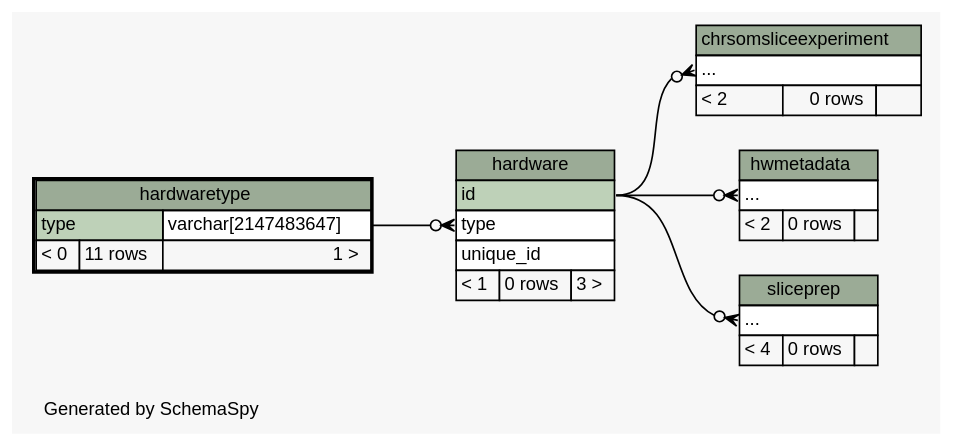
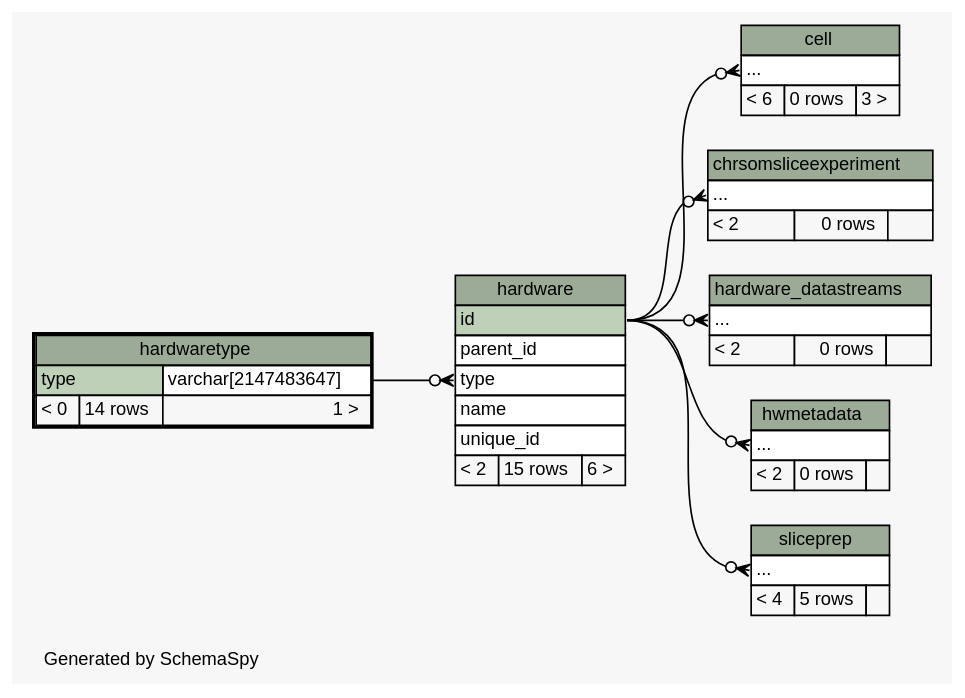
One commit to tgbugs/mlab changed the diagram in database/ss/diagrams/hardwaretype.2degrees.dot. Above: the diagram before and after it, drawn with Graphviz. The commit also changed 204 other files, not shown here.

Commit message:
got the hardware working as a tree, removed explicit amp and headstage classes, updated schemaspy

```diff
--- a/database/ss/diagrams/hardwaretype.2degrees.dot
+++ b/database/ss/diagrams/hardwaretype.2degrees.dot
@@ -1,78 +1,102 @@
 // dot 2.32.0 on Windows 7 6.1
 // SchemaSpy rev 590
 digraph "twoDegreesRelationshipsDiagram" {
   graph [
     rankdir="RL"
     bgcolor="#f7f7f7"
     label="\nGenerated by SchemaSpy"
     labeljust="l"
     nodesep="0.18"
     ranksep="0.46"
     fontname="Helvetica"
     fontsize="11"
   ];
   node [
     fontname="Helvetica"
     fontsize="11"
     shape="plaintext"
   ];
   edge [
     arrowsize="0.8"
   ];
+  "cell":"elipses":w -> "hardware":"id":e [arrowhead=none dir=back arrowtail=crowodot];
   "chrsomsliceexperiment":"elipses":w -> "hardware":"id":e [arrowhead=none dir=back arrowtail=crowodot];
   "hardware":"type":w -> "hardwaretype":"type.type":e [arrowhead=none dir=back arrowtail=crowodot];
+  "hardware_datastreams":"elipses":w -> "hardware":"id":e [arrowhead=none dir=back arrowtail=crowodot];
   "hwmetadata":"elipses":w -> "hardware":"id":e [arrowhead=none dir=back arrowtail=crowodot];
   "sliceprep":"elipses":w -> "hardware":"id":e [arrowhead=none dir=back arrowtail=crowodot];
+  "cell" [
+    label=<
+    <TABLE BORDER="0" CELLBORDER="1" CELLSPACING="0" BGCOLOR="#ffffff">
+      <TR><TD COLSPAN="3" BGCOLOR="#9bab96" ALIGN="CENTER">cell</TD></TR>
+      <TR><TD PORT="elipses" COLSPAN="3" ALIGN="LEFT">...</TD></TR>
+      <TR><TD ALIGN="LEFT" BGCOLOR="#f7f7f7">&lt; 6</TD><TD ALIGN="RIGHT" BGCOLOR="#f7f7f7">0 rows</TD><TD ALIGN="RIGHT" BGCOLOR="#f7f7f7">3 &gt;</TD></TR>
+    </TABLE>>
+    URL="cell.html"
+    tooltip="cell"
+  ];
   "chrsomsliceexperiment" [
     label=<
     <TABLE BORDER="0" CELLBORDER="1" CELLSPACING="0" BGCOLOR="#ffffff">
       <TR><TD COLSPAN="3" BGCOLOR="#9bab96" ALIGN="CENTER">chrsomsliceexperiment</TD></TR>
       <TR><TD PORT="elipses" COLSPAN="3" ALIGN="LEFT">...</TD></TR>
       <TR><TD ALIGN="LEFT" BGCOLOR="#f7f7f7">&lt; 2</TD><TD ALIGN="RIGHT" BGCOLOR="#f7f7f7">0 rows</TD><TD ALIGN="RIGHT" BGCOLOR="#f7f7f7">  </TD></TR>
     </TABLE>>
     URL="chrsomsliceexperiment.html"
     tooltip="chrsomsliceexperiment"
   ];
   "hardware" [
     label=<
     <TABLE BORDER="0" CELLBORDER="1" CELLSPACING="0" BGCOLOR="#ffffff">
       <TR><TD COLSPAN="3" BGCOLOR="#9bab96" ALIGN="CENTER">hardware</TD></TR>
       <TR><TD PORT="id" COLSPAN="3" BGCOLOR="#bed1b8" ALIGN="LEFT">id</TD></TR>
+      <TR><TD PORT="parent_id" COLSPAN="3" ALIGN="LEFT">parent_id</TD></TR>
       <TR><TD PORT="type" COLSPAN="3" ALIGN="LEFT">type</TD></TR>
+      <TR><TD PORT="name" COLSPAN="3" ALIGN="LEFT">name</TD></TR>
       <TR><TD PORT="unique_id" COLSPAN="3" ALIGN="LEFT">unique_id</TD></TR>
-      <TR><TD ALIGN="LEFT" BGCOLOR="#f7f7f7">&lt; 1</TD><TD ALIGN="RIGHT" BGCOLOR="#f7f7f7">0 rows</TD><TD ALIGN="RIGHT" BGCOLOR="#f7f7f7">3 &gt;</TD></TR>
+      <TR><TD ALIGN="LEFT" BGCOLOR="#f7f7f7">&lt; 2</TD><TD ALIGN="RIGHT" BGCOLOR="#f7f7f7">15 rows</TD><TD ALIGN="RIGHT" BGCOLOR="#f7f7f7">6 &gt;</TD></TR>
     </TABLE>>
     URL="hardware.html"
     tooltip="hardware"
+  ];
+  "hardware_datastreams" [
+    label=<
+    <TABLE BORDER="0" CELLBORDER="1" CELLSPACING="0" BGCOLOR="#ffffff">
+      <TR><TD COLSPAN="3" BGCOLOR="#9bab96" ALIGN="CENTER">hardware_datastreams</TD></TR>
+      <TR><TD PORT="elipses" COLSPAN="3" ALIGN="LEFT">...</TD></TR>
+      <TR><TD ALIGN="LEFT" BGCOLOR="#f7f7f7">&lt; 2</TD><TD ALIGN="RIGHT" BGCOLOR="#f7f7f7">0 rows</TD><TD ALIGN="RIGHT" BGCOLOR="#f7f7f7">  </TD></TR>
+    </TABLE>>
+    URL="hardware_datastreams.html"
+    tooltip="hardware_datastreams"
   ];
   "hardwaretype" [
     label=<
     <TABLE BORDER="2" CELLBORDER="1" CELLSPACING="0" BGCOLOR="#ffffff">
       <TR><TD COLSPAN="3" BGCOLOR="#9bab96" ALIGN="CENTER">hardwaretype</TD></TR>
       <TR><TD PORT="type" COLSPAN="2" BGCOLOR="#bed1b8" ALIGN="LEFT">type</TD><TD PORT="type.type" ALIGN="LEFT">varchar[2147483647]</TD></TR>
-      <TR><TD ALIGN="LEFT" BGCOLOR="#f7f7f7">&lt; 0</TD><TD ALIGN="RIGHT" BGCOLOR="#f7f7f7">11 rows</TD><TD ALIGN="RIGHT" BGCOLOR="#f7f7f7">1 &gt;</TD></TR>
+      <TR><TD ALIGN="LEFT" BGCOLOR="#f7f7f7">&lt; 0</TD><TD ALIGN="RIGHT" BGCOLOR="#f7f7f7">14 rows</TD><TD ALIGN="RIGHT" BGCOLOR="#f7f7f7">1 &gt;</TD></TR>
     </TABLE>>
     URL="hardwaretype.html"
     tooltip="hardwaretype"
   ];
   "hwmetadata" [
     label=<
     <TABLE BORDER="0" CELLBORDER="1" CELLSPACING="0" BGCOLOR="#ffffff">
       <TR><TD COLSPAN="3" BGCOLOR="#9bab96" ALIGN="CENTER">hwmetadata</TD></TR>
       <TR><TD PORT="elipses" COLSPAN="3" ALIGN="LEFT">...</TD></TR>
       <TR><TD ALIGN="LEFT" BGCOLOR="#f7f7f7">&lt; 2</TD><TD ALIGN="RIGHT" BGCOLOR="#f7f7f7">0 rows</TD><TD ALIGN="RIGHT" BGCOLOR="#f7f7f7">  </TD></TR>
     </TABLE>>
     URL="hwmetadata.html"
     tooltip="hwmetadata"
   ];
   "sliceprep" [
     label=<
     <TABLE BORDER="0" CELLBORDER="1" CELLSPACING="0" BGCOLOR="#ffffff">
       <TR><TD COLSPAN="3" BGCOLOR="#9bab96" ALIGN="CENTER">sliceprep</TD></TR>
       <TR><TD PORT="elipses" COLSPAN="3" ALIGN="LEFT">...</TD></TR>
-      <TR><TD ALIGN="LEFT" BGCOLOR="#f7f7f7">&lt; 4</TD><TD ALIGN="RIGHT" BGCOLOR="#f7f7f7">0 rows</TD><TD ALIGN="RIGHT" BGCOLOR="#f7f7f7">  </TD></TR>
+      <TR><TD ALIGN="LEFT" BGCOLOR="#f7f7f7">&lt; 4</TD><TD ALIGN="RIGHT" BGCOLOR="#f7f7f7">5 rows</TD><TD ALIGN="RIGHT" BGCOLOR="#f7f7f7">  </TD></TR>
     </TABLE>>
     URL="sliceprep.html"
     tooltip="sliceprep"
   ];
 }
```
